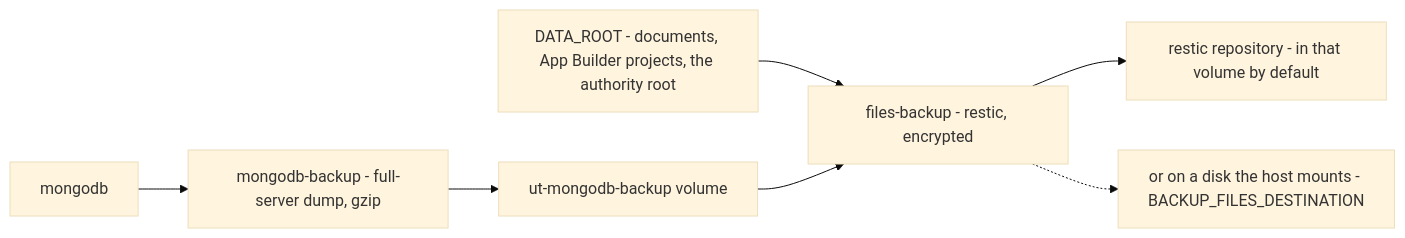
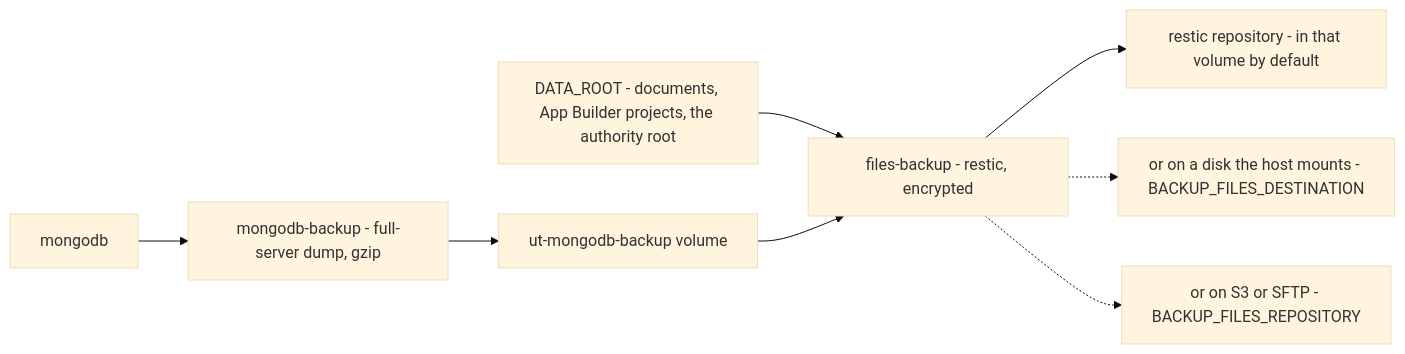
Before and after one commit to understand-tech/ai-in-a-box: the diagram in docs/restore.md, drawn with Mermaid (base theme). The commit also changed other lines of this file and 9 other files, not shown here.

````diff
--- a/docs/restore.md
+++ b/docs/restore.md
@@ -17,15 +17,17 @@
 ```mermaid
 flowchart LR
     MONGO["mongodb"]
     DBBACKUP["mongodb-backup - full-server dump, gzip"]
     DUMPS["ut-mongodb-backup volume"]
     DATAROOT["DATA_ROOT - documents, App Builder projects, the authority root"]
     FILESBACKUP["files-backup - restic, encrypted"]
     REPO["restic repository - in that volume by default"]
     MOUNTED["or on a disk the host mounts - BACKUP_FILES_DESTINATION"]
+    REMOTE["or on S3 or SFTP - BACKUP_FILES_REPOSITORY"]
     MONGO --> DBBACKUP --> DUMPS
     DATAROOT --> FILESBACKUP
     DUMPS --> FILESBACKUP
     FILESBACKUP --> REPO
     FILESBACKUP -.-> MOUNTED
+    FILESBACKUP -.-> REMOTE
 ```
````
